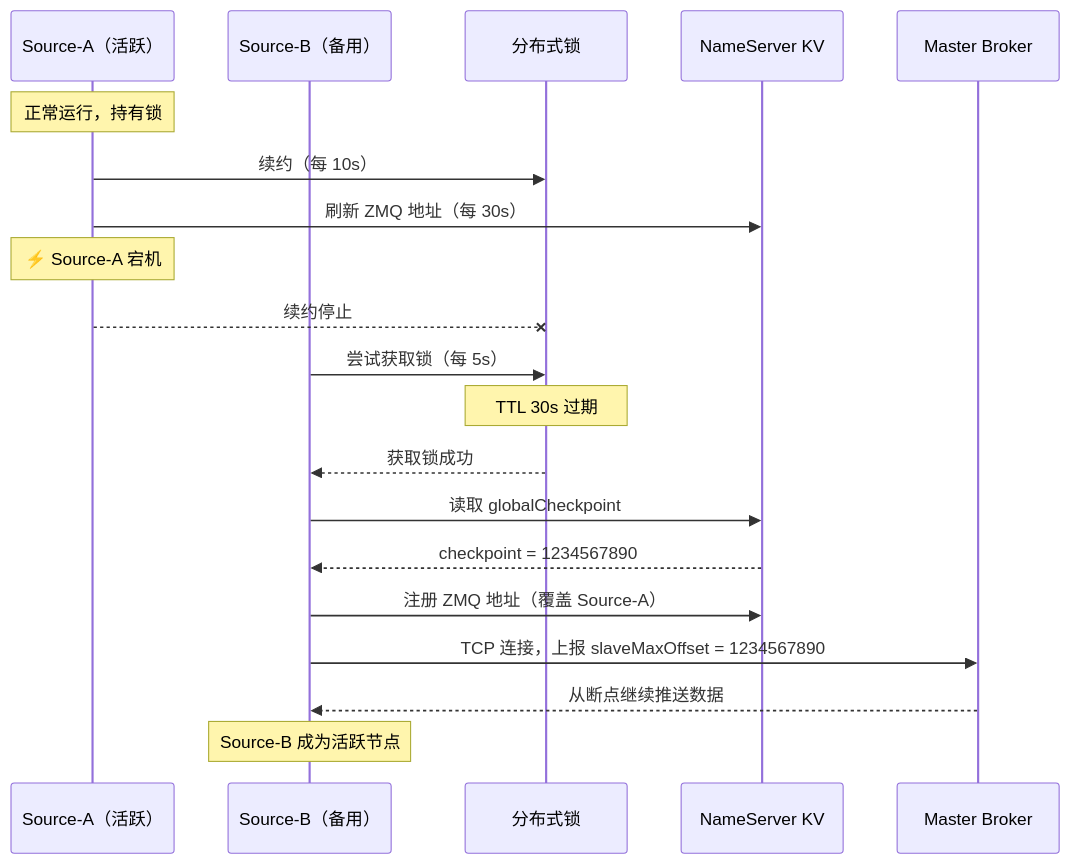
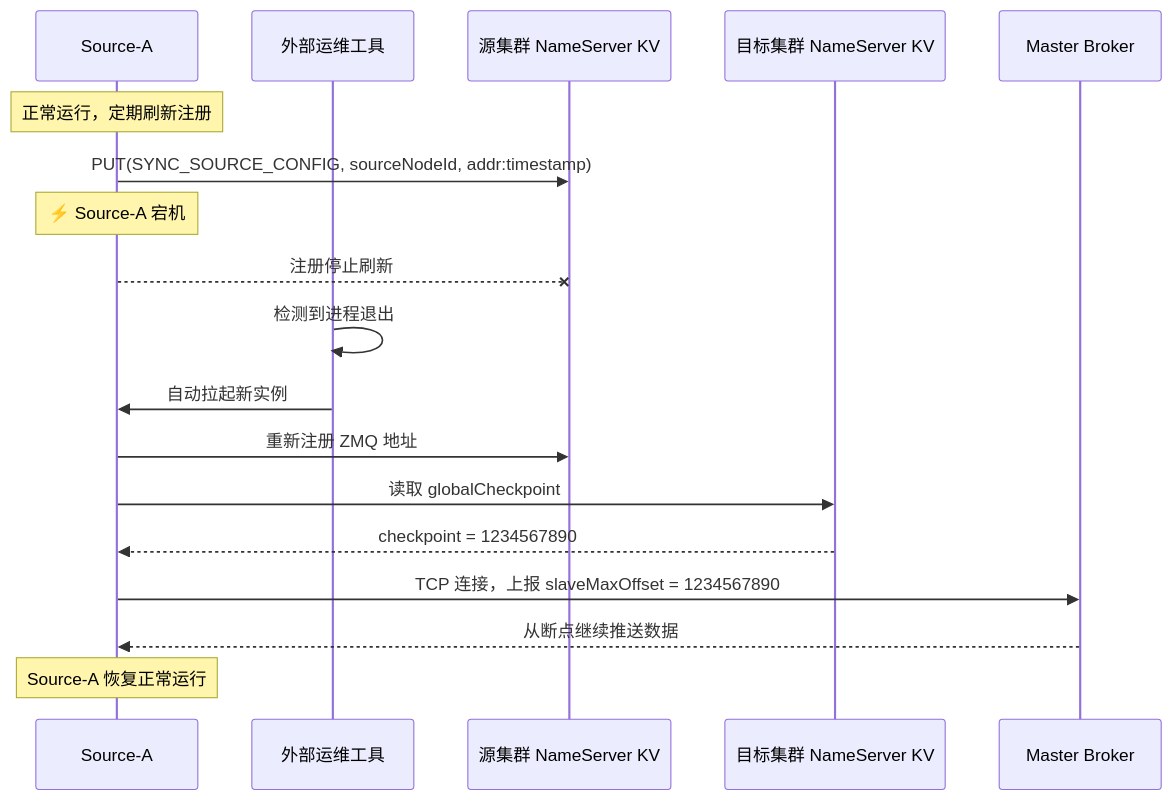
One commit to AI-888/07-rocketmq-replica changed the third of 3 diagrams in doc/ha-data-sync/design.md. Above: the diagram before and after it, drawn with Mermaid. The commit also changed other lines of this file and 5 other files, not shown here.

````diff
--- a/doc/ha-data-sync/design.md
+++ b/doc/ha-data-sync/design.md
@@ -3218,28 +3197,25 @@
 ```mermaid
 sequenceDiagram
-    participant A as Source-A（活跃）
-    participant B as Source-B（备用）
-    participant Lock as 分布式锁
-    participant NS as NameServer KV
+    participant A as Source-A
+    participant Tool as 外部运维工具
+    participant NS_SRC as 源集群 NameServer KV
+    participant NS_TGT as 目标集群 NameServer KV
     participant Master as Master Broker
 
-    Note over A: 正常运行，持有锁
-    A->>Lock: 续约（每 10s）
-    A->>NS: 刷新 ZMQ 地址（每 30s）
-    
+    Note over A: 正常运行，定期刷新注册
+    A->>NS_SRC: PUT(SYNC_SOURCE_CONFIG, sourceNodeId, addr:timestamp)
+
     Note over A: ⚡ Source-A 宕机
-    A--xLock: 续约停止
-    
-    B->>Lock: 尝试获取锁（每 5s）
-    Note over Lock: TTL 30s 过期
-    Lock-->>B: 获取锁成功
-    
-    B->>NS: 读取 globalCheckpoint
-    NS-->>B: checkpoint = 1234567890
-    
-    B->>NS: 注册 ZMQ 地址（覆盖 Source-A）
-    B->>Master: TCP 连接，上报 slaveMaxOffset = 1234567890
-    Master-->>B: 从断点继续推送数据
-    
-    Note over B: Source-B 成为活跃节点
+    A--xNS_SRC: 注册停止刷新
+
+    Tool->>Tool: 检测到进程退出
+    Tool->>A: 自动拉起新实例
+
+    A->>NS_SRC: 重新注册 ZMQ 地址
+    A->>NS_TGT: 读取 globalCheckpoint
+    NS_TGT-->>A: checkpoint = 1234567890
+    A->>Master: TCP 连接，上报 slaveMaxOffset = 1234567890
+    Master-->>A: 从断点继续推送数据
+
+    Note over A: Source-A 恢复正常运行
 ```
````
